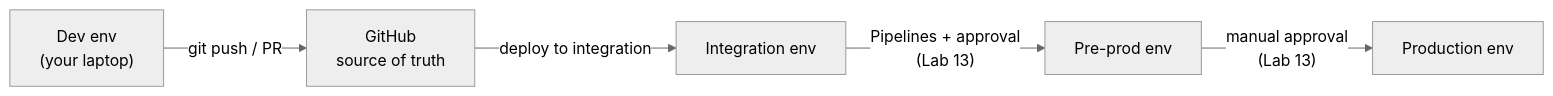
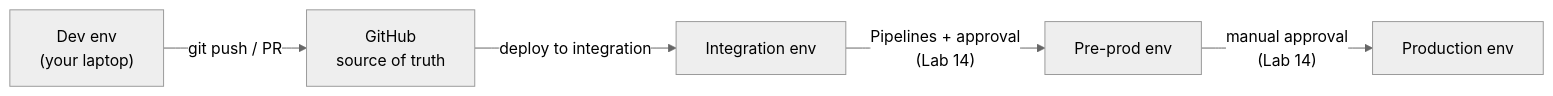
The diagram in docs/alm/11-source-control.md (neerajnandwana-msft/powerpages-lab), drawn with Mermaid (neutral theme) before and after one commit. The commit also changed other lines of this file and 35 other files, not shown here.

First line of the commit message:
Add Reliable ALM setup documentation and lab sequence

````diff
--- a/docs/alm/11-source-control.md
+++ b/docs/alm/11-source-control.md
@@ -43,7 +43,7 @@
 ```mermaid
 flowchart LR
     Dev["Dev env<br/>(your laptop)"] -->|git push / PR| GH["GitHub<br/>source of truth"]
     GH -->|"deploy to integration"| Int["Integration env"]
-    Int -->|"Pipelines + approval<br/>(Lab 13)"| Pre["Pre-prod env"]
-    Pre -->|"manual approval<br/>(Lab 13)"| Prod["Production env"]
+    Int -->|"Pipelines + approval<br/>(Lab 14)"| Pre["Pre-prod env"]
+    Pre -->|"manual approval<br/>(Lab 14)"| Prod["Production env"]
 ```
````
